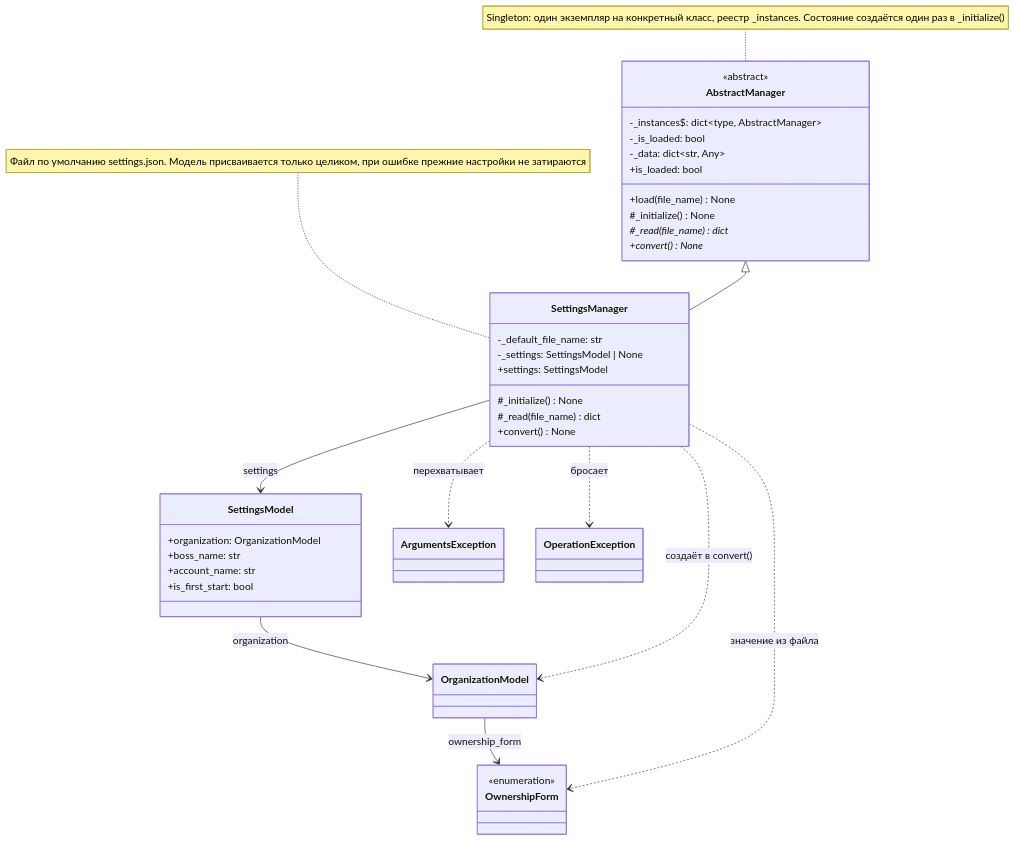
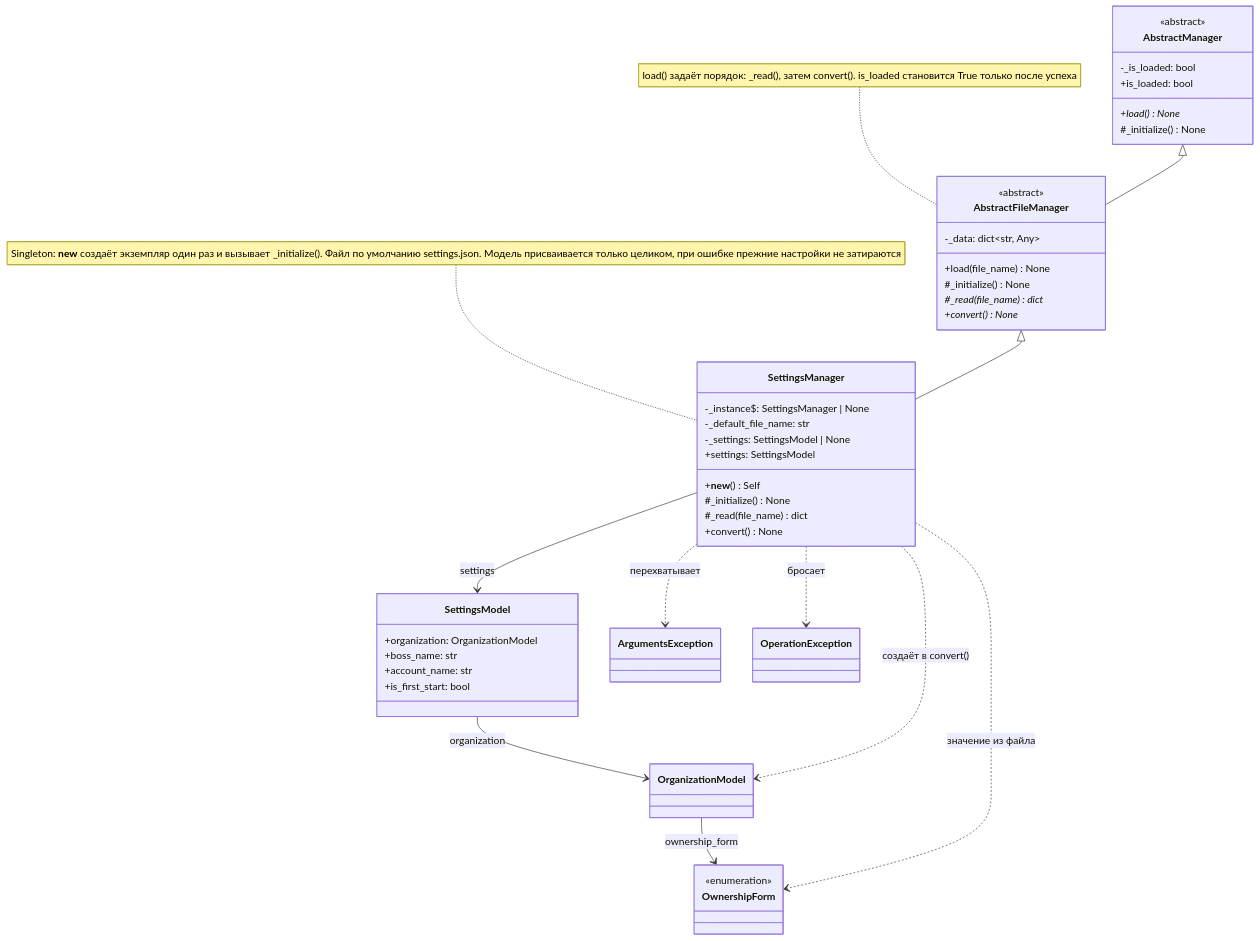
One commit to asutenshi/design-patterns changed the third of 4 diagrams in Docs/ClassDiagram.md. Above: the diagram before and after it, drawn with Mermaid. The commit also changed other lines of this file and 9 other files, not shown here.

````diff
--- a/Docs/ClassDiagram.md
+++ b/Docs/ClassDiagram.md
@@ -165,52 +168,60 @@
 ```mermaid
 classDiagram
     direction TB
 
     class AbstractManager {
         <<abstract>>
-        -_instances$: dict~type, AbstractManager~
         -_is_loaded: bool
+        +is_loaded: bool
+        +load()* None
+        #_initialize() None
+    }
+
+    class AbstractFileManager {
+        <<abstract>>
         -_data: dict~str, Any~
-        +is_loaded: bool
         +load(file_name) None
         #_initialize() None
         #_read(file_name)* dict
         +convert()* None
     }
 
-    note for AbstractManager "Singleton: один экземпляр на конкретный класс, реестр _instances. Состояние создаётся один раз в _initialize()"
+    note for AbstractFileManager "load() задаёт порядок: _read(), затем convert(). is_loaded становится True только после успеха"
 
     class SettingsManager {
+        -_instance$: SettingsManager | None
         -_default_file_name: str
         -_settings: SettingsModel | None
         +settings: SettingsModel
+        +__new__() Self
         #_initialize() None
         #_read(file_name) dict
         +convert() None
     }
 
-    note for SettingsManager "Файл по умолчанию settings.json. Модель присваивается только целиком, при ошибке прежние настройки не затираются"
+    note for SettingsManager "Singleton: __new__ создаёт экземпляр один раз и вызывает _initialize(). Файл по умолчанию settings.json. Модель присваивается только целиком, при ошибке прежние настройки не затираются"
 
     class SettingsModel {
         +organization: OrganizationModel
         +boss_name: str
         +account_name: str
         +is_first_start: bool
     }
 
     class OrganizationModel
     class OwnershipForm {
         <<enumeration>>
     }
     class ArgumentsException
     class OperationException
 
-    AbstractManager <|-- SettingsManager
+    AbstractManager <|-- AbstractFileManager
+    AbstractFileManager <|-- SettingsManager
     SettingsManager --> SettingsModel : settings
     SettingsModel --> OrganizationModel : organization
     OrganizationModel --> OwnershipForm : ownership_form
     SettingsManager ..> OrganizationModel : создаёт в convert()
     SettingsManager ..> OwnershipForm : значение из файла
     SettingsManager ..> ArgumentsException : перехватывает
     SettingsManager ..> OperationException : бросает
 ```
````
